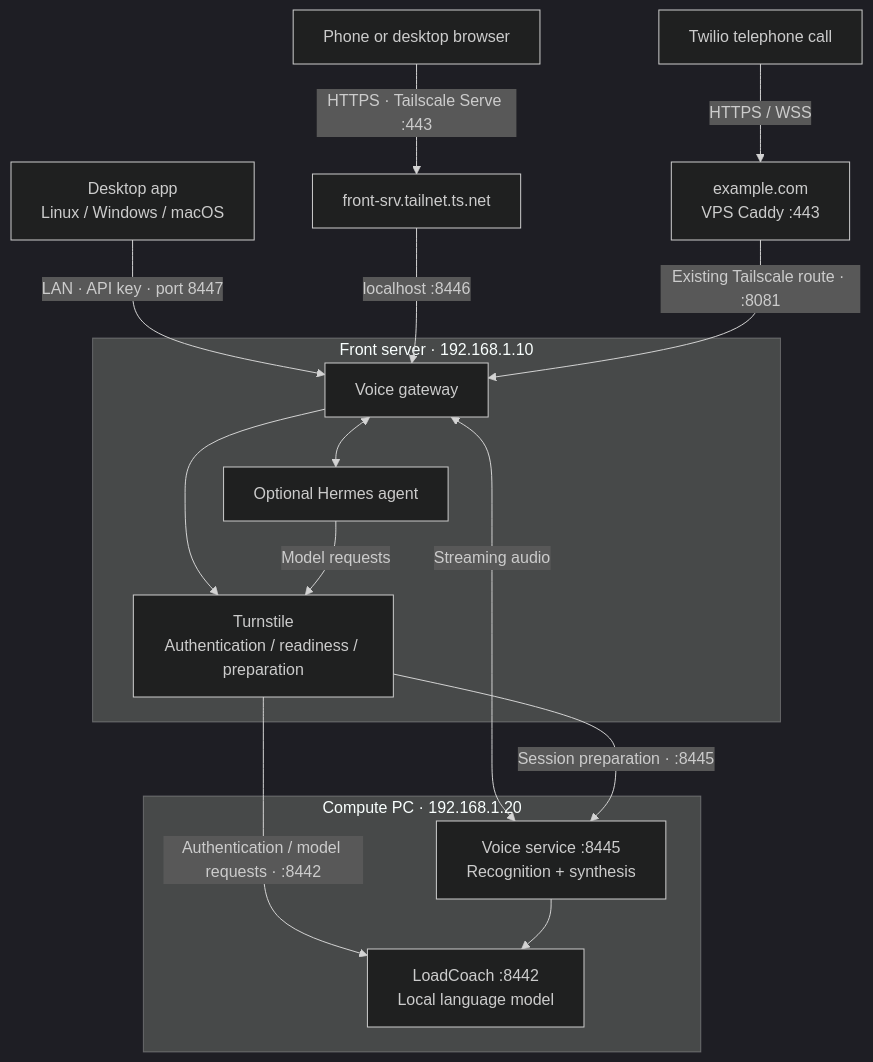
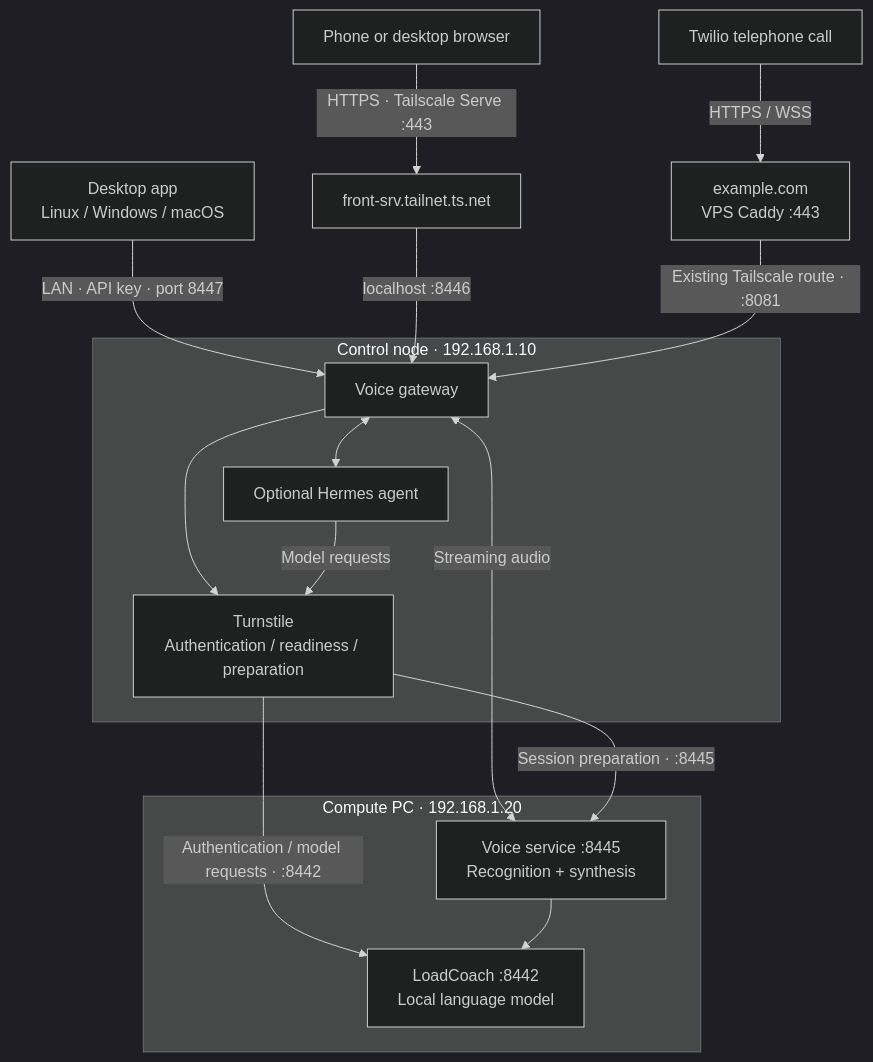
The first of 2 diagrams in voice/README.md (JPKell/openWeightGym), drawn with Mermaid (dark theme) before and after one commit. The commit also changed other lines of this file and 215 other files, not shown here.

First line of the commit message:
Rename front machine terminology to control node

````diff
--- a/voice/README.md
+++ b/voice/README.md
@@ -13,31 +13,31 @@
 ```mermaid
 flowchart TD
     Desktop["Desktop app<br/>Linux / Windows / macOS"]
     Browser["Phone or desktop browser"]
     Twilio["Twilio telephone call"]
 
     Desktop -->|"LAN · API key · port 8447"| Gateway
     Browser -->|"HTTPS · Tailscale Serve :443"| Serve["front-srv.tailnet.ts.net"]
     Serve -->|"localhost :8446"| Gateway
     Twilio -->|"HTTPS / WSS"| VPS["example.com<br/>VPS Caddy :443"]
     VPS -->|"Existing Tailscale route · :8081"| Gateway
 
-    subgraph Front["Front server · 192.168.1.10"]
+    subgraph Control node["Control node · 192.168.1.10"]
         Gateway["Voice gateway"]
         Turnstile["Turnstile<br/>Authentication / readiness / preparation"]
         Hermes["Optional Hermes agent"]
         Gateway --> Turnstile
         Gateway <--> Hermes
     end
 
     subgraph Compute["Compute PC · 192.168.1.20"]
         Voice["Voice service :8445<br/>Recognition + synthesis"]
         Model["LoadCoach :8442<br/>Local language model"]
     end
 
     Gateway <-->|"Streaming audio"| Voice
     Turnstile -->|"Session preparation · :8445"| Voice
     Turnstile -->|"Authentication / model requests · :8442"| Model
     Voice --> Model
     Hermes -->|"Model requests"| Turnstile
 ```
````
